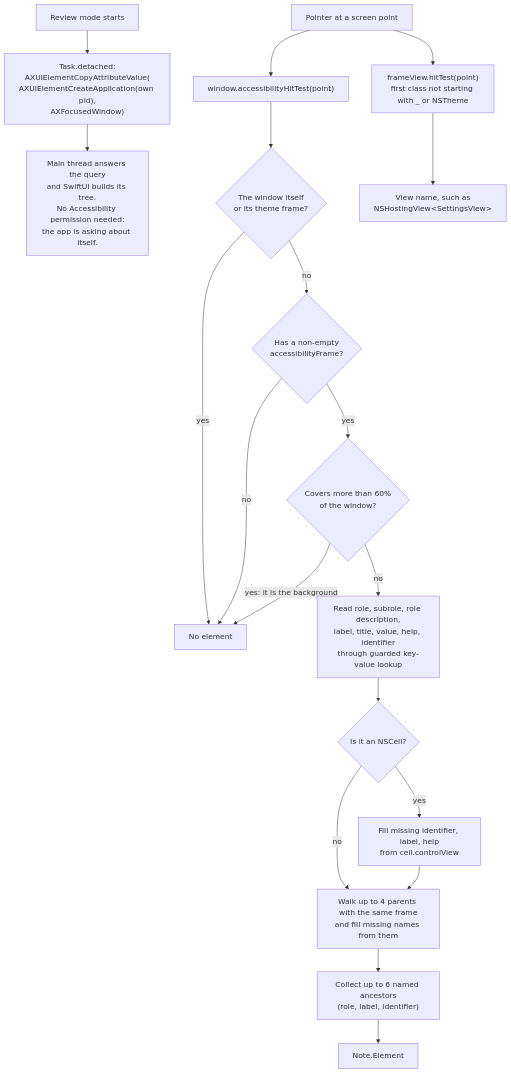
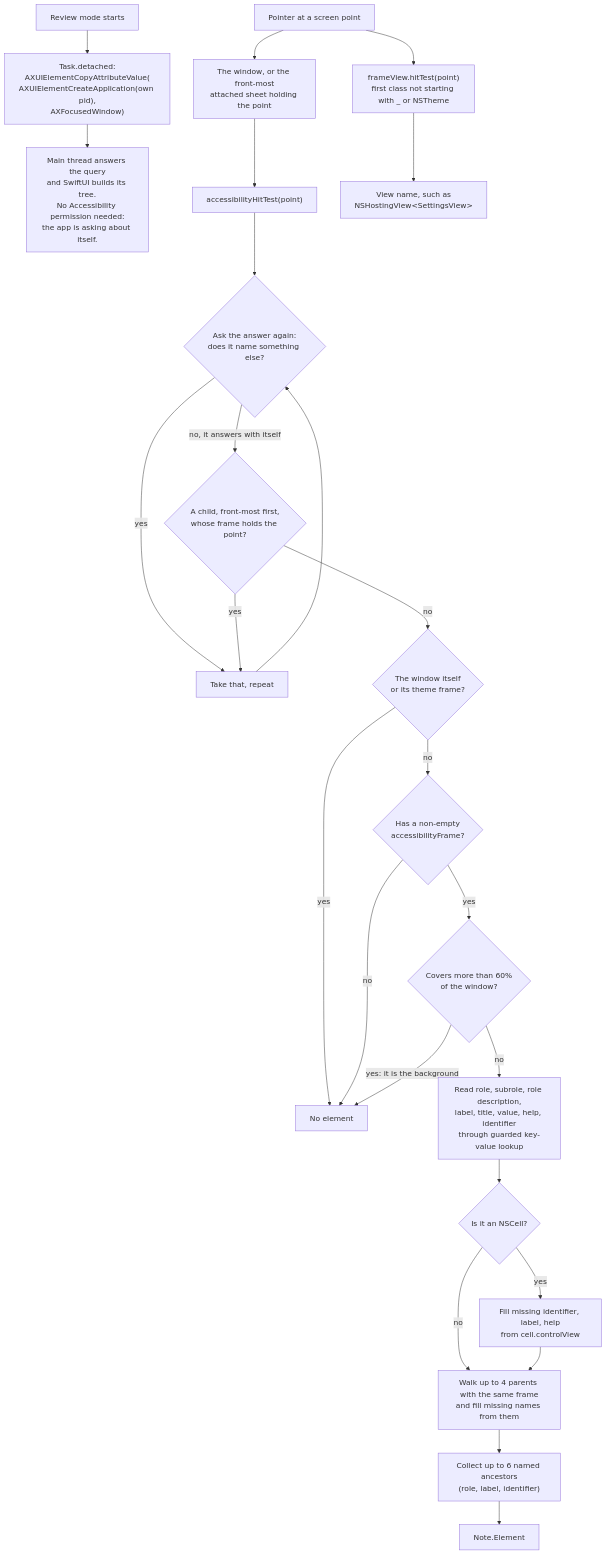
One commit to ordinarynerds/tincan changed the seventh of 25 diagrams in docs/ARCHITECTURE.md. Above: the diagram before and after it, drawn with Mermaid. The commit also changed other lines of this file and 39 other files, not shown here.

````diff
--- a/docs/ARCHITECTURE.md
+++ b/docs/ARCHITECTURE.md
@@ -187,23 +238,27 @@
 ```mermaid
 flowchart TD
     start["Review mode starts"] --> wake["Task.detached:<br/>AXUIElementCopyAttributeValue(<br/>AXUIElementCreateApplication(own pid),<br/>AXFocusedWindow)"]
     wake --> note1["Main thread answers the query<br/>and SwiftUI builds its tree.<br/>No Accessibility permission needed:<br/>the app is asking about itself."]
 
-    hover["Pointer at a screen point"] --> hit["window.accessibilityHitTest(point)"]
-    hit --> isframe{"The window itself<br/>or its theme frame?"}
+    hover["Pointer at a screen point"] --> front["The window, or the front-most<br/>attached sheet holding the point"] --> hit["accessibilityHitTest(point)"]
+    hit --> again{"Ask the answer again:<br/>does it name something else?"}
+    again -- yes --> hit2["Take that, repeat"] --> again
+    again -- "no, it answers with itself" --> kids{"A child, front-most first,<br/>whose frame holds the point?"}
+    kids -- yes --> hit2
+    kids -- no --> isframe{"The window itself<br/>or its theme frame?"}
     isframe -- yes --> nohit["No element"]
     isframe -- no --> frame{"Has a non-empty<br/>accessibilityFrame?"}
     frame -- no --> nohit
     frame -- yes --> covers{"Covers more than 60%<br/>of the window?"}
     covers -- "yes: it is the background" --> nohit
     covers -- no --> read["Read role, subrole, role description,<br/>label, title, value, help, identifier<br/>through guarded key-value lookup"]
     read --> cell{"Is it an NSCell?"}
     cell -- yes --> control["Fill missing identifier, label, help<br/>from cell.controlView"]
     cell -- no --> same
     control --> same["Walk up to 4 parents with the same frame<br/>and fill missing names from them"]
     same --> anc["Collect up to 6 named ancestors<br/>(role, label, identifier)"]
     anc --> element["Note.Element"]
 
     hover --> view["frameView.hitTest(point)<br/>first class not starting with _ or NSTheme"]
     view --> viewname["View name, such as<br/>NSHostingView#lt;SettingsView#gt;"]
 ```
````
